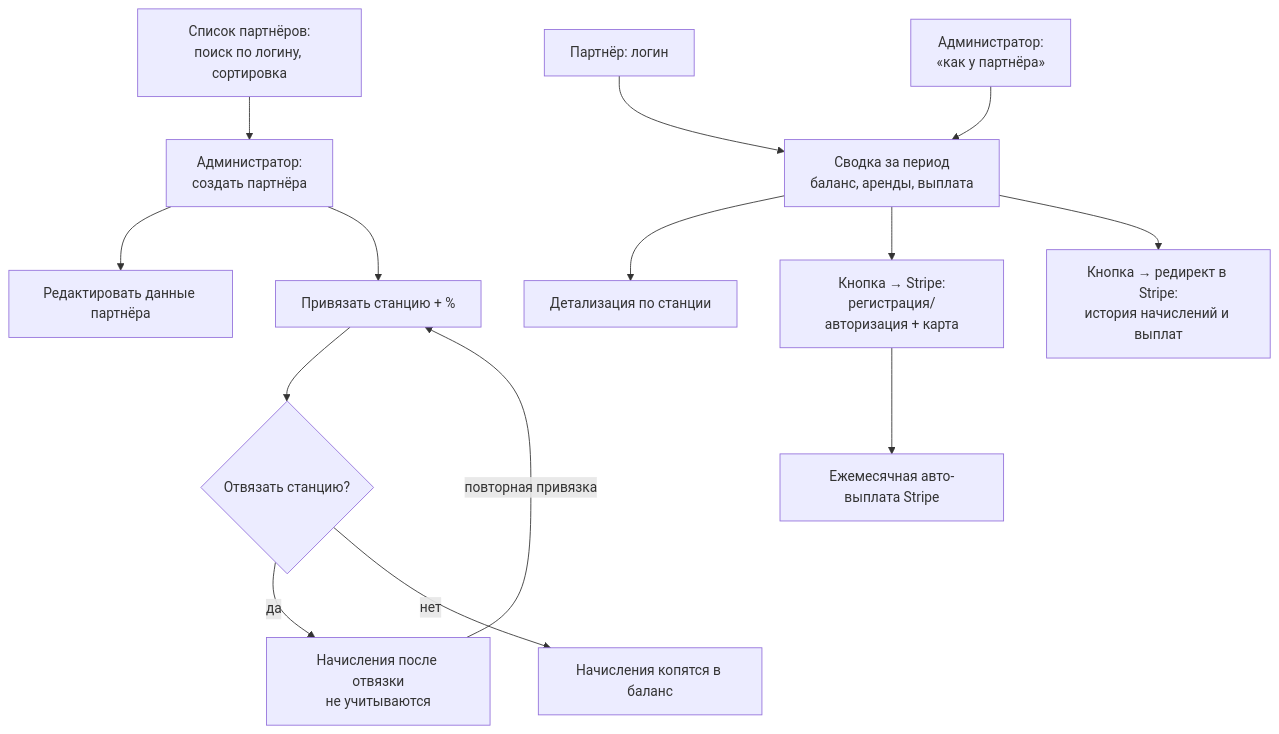
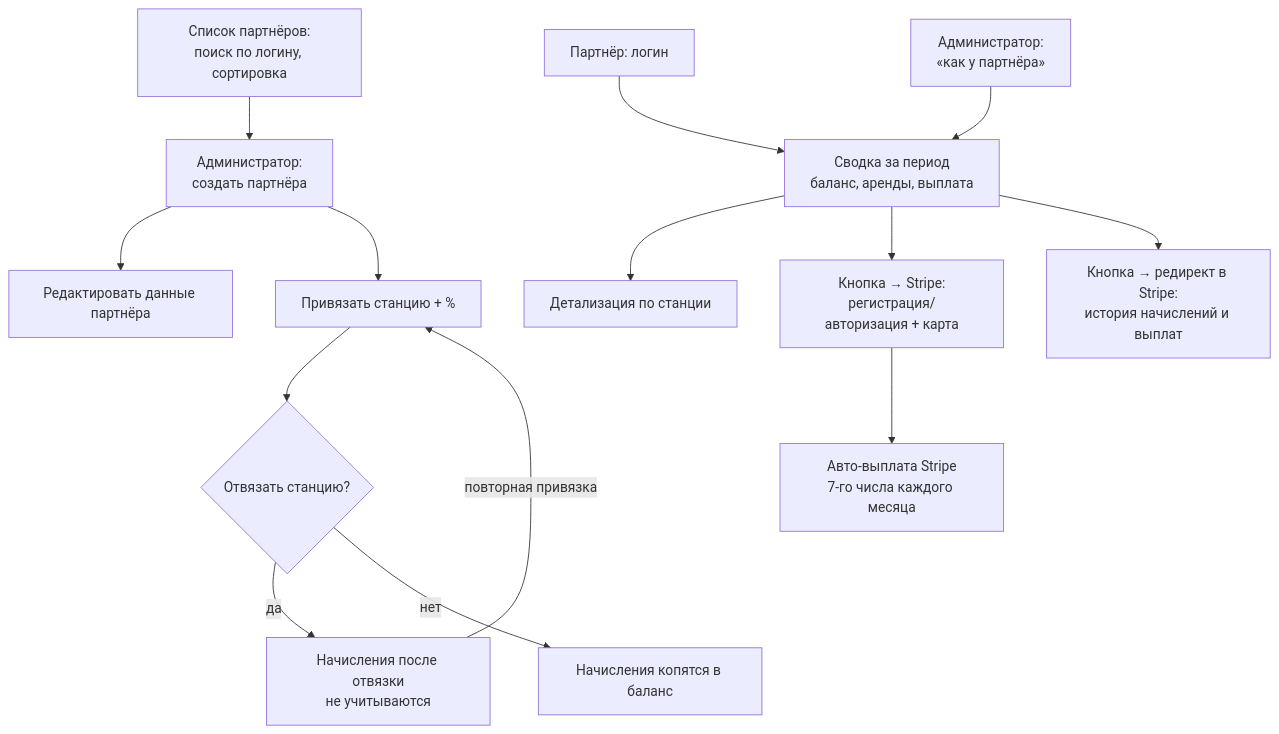
Before and after one commit to yatsin11-gif/example: the first of 2 diagrams in gozap-documentation/sa/docs/partners/partner-program/diagrams/overview.md, drawn with Mermaid. The commit also changed other lines of this file and 5 other files, not shown here.

````diff
--- a/gozap-documentation/sa/docs/partners/partner-program/diagrams/overview.md
+++ b/gozap-documentation/sa/docs/partners/partner-program/diagrams/overview.md
@@ -7,16 +7,16 @@
 ```mermaid
 flowchart TD
     A0[Список партнёров:<br/>поиск по логину, сортировка] --> A1[Администратор:<br/>создать партнёра]
     A1 --> A1B[Редактировать данные партнёра]
     A1 --> A2[Привязать станцию + %]
     A2 --> A3{Отвязать станцию?}
     A3 -->|да| A4[Начисления после отвязки<br/>не учитываются]
     A3 -->|нет| A5[Начисления копятся в баланс]
     A4 -->|повторная привязка| A2
     P1[Партнёр: логин] --> P2[Сводка за период<br/>баланс, аренды, выплата]
     P2 --> P3[Детализация по станции]
     P2 --> P4[Кнопка → Stripe:<br/>регистрация/авторизация + карта]
-    P4 --> P5[Ежемесячная авто-выплата Stripe]
+    P4 --> P5[Авто-выплата Stripe<br/>7-го числа каждого месяца]
     P2 --> P7[Кнопка → редирект в Stripe:<br/>история начислений и выплат]
     A6[Администратор:<br/>«как у партнёра»] --> P2
 ```
````
